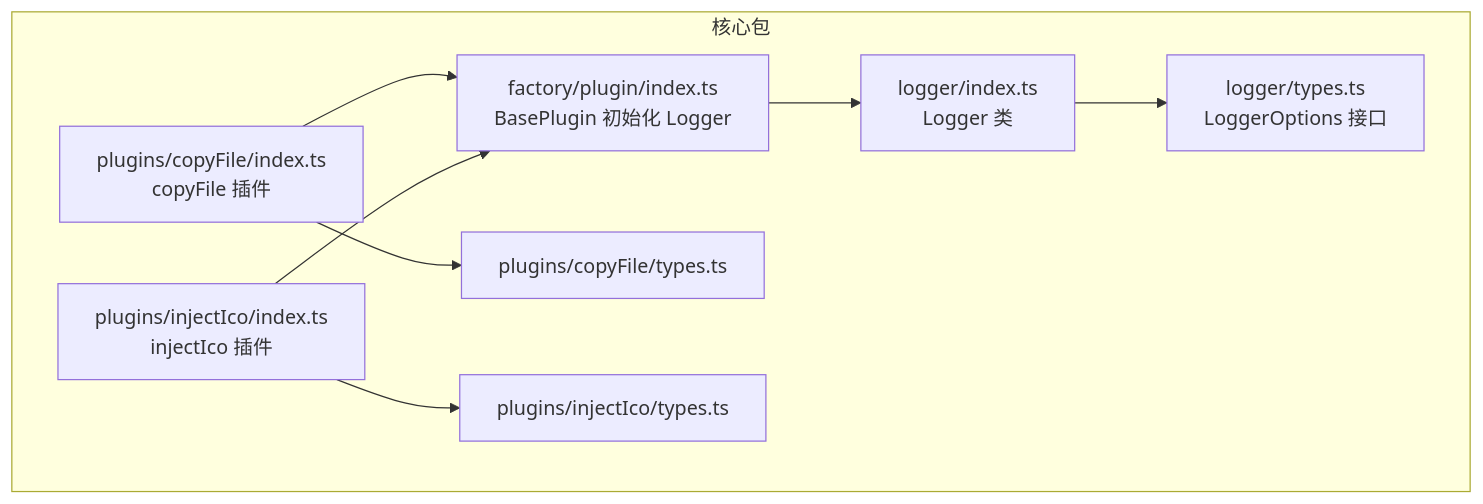
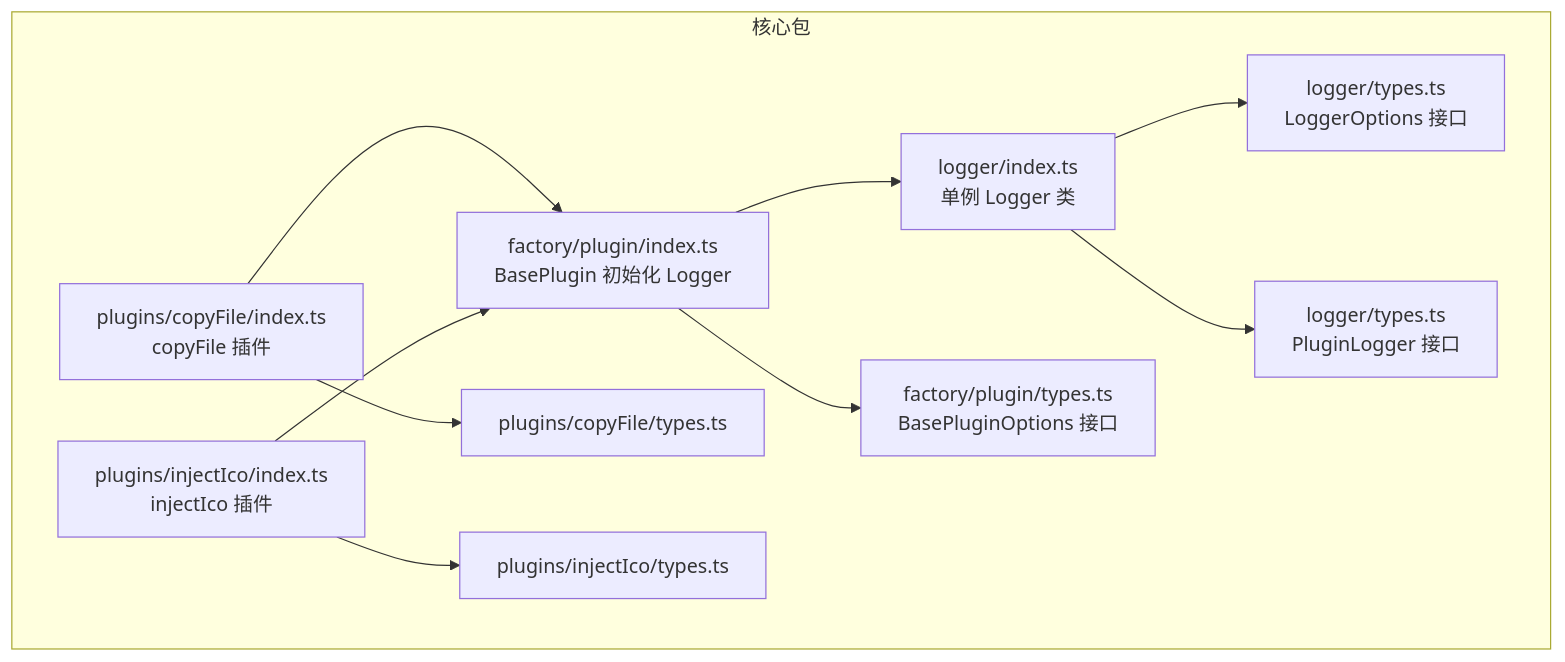
The first of 5 diagrams in .qoder/repowiki/zh/content/工具模块/日志系统.md (MengXi-Studio/vite-plugin), drawn with Mermaid before and after one commit. The commit also changed other lines of this file and 5 other files, not shown here.

````diff
--- a/.qoder/repowiki/zh/content/工具模块/日志系统.md
+++ b/.qoder/repowiki/zh/content/工具模块/日志系统.md
@@ -44,18 +52,22 @@
 ```mermaid
 graph TB
 subgraph "核心包"
-L["logger/index.ts<br/>Logger 类"]
+L["logger/index.ts<br/>单例 Logger 类"]
 LT["logger/types.ts<br/>LoggerOptions 接口"]
+PL["logger/types.ts<br/>PluginLogger 接口"]
 F["factory/plugin/index.ts<br/>BasePlugin 初始化 Logger"]
+FT["factory/plugin/types.ts<br/>BasePluginOptions 接口"]
 P1["plugins/copyFile/index.ts<br/>copyFile 插件"]
 P2["plugins/injectIco/index.ts<br/>injectIco 插件"]
 PT1["plugins/copyFile/types.ts"]
 PT2["plugins/injectIco/types.ts"]
 end
 L --> LT
+L --> PL
 F --> L
+F --> FT
 P1 --> F
 P2 --> F
 P1 --> PT1
 P2 --> PT2
 ```
````
